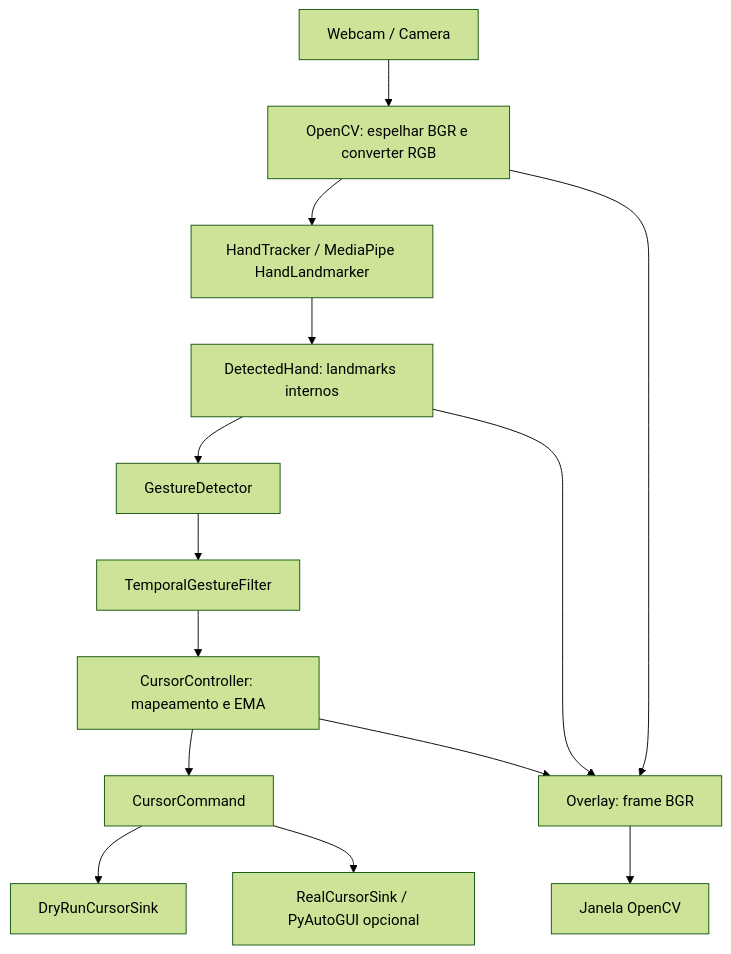
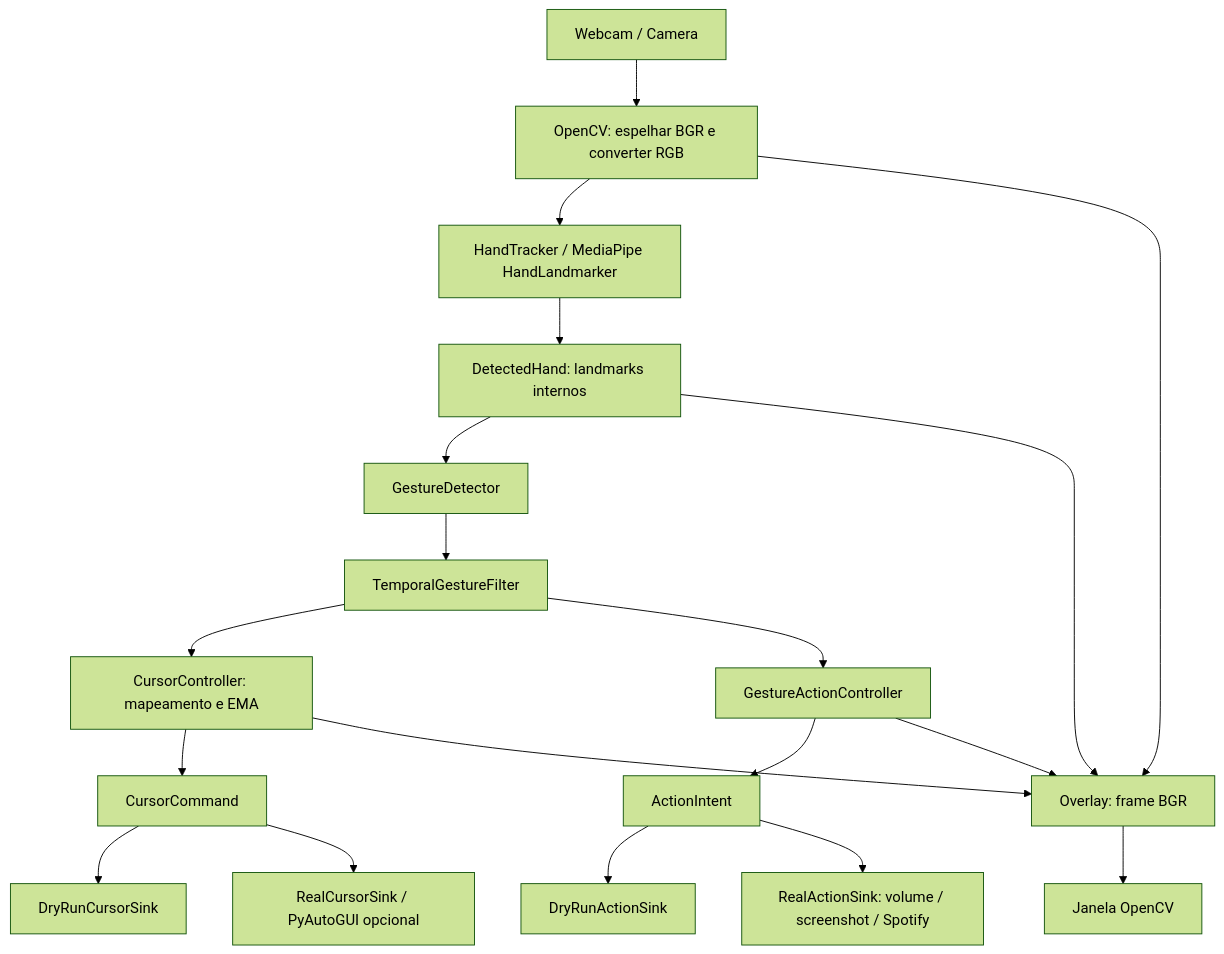
One commit to FernandoBuligon/hgi changed the diagram in README.md. Above: the diagram before and after it, drawn with Mermaid (forest theme). The commit also changed other lines of this file and 6 other files, not shown here.

````diff
--- a/README.md
+++ b/README.md
@@ -52,16 +64,21 @@
 ```mermaid
 flowchart TD
     A[Webcam / Camera] --> B[OpenCV: espelhar BGR e converter RGB]
     B --> C[HandTracker / MediaPipe HandLandmarker]
     C --> D[DetectedHand: landmarks internos]
     D --> E[GestureDetector]
     E --> F[TemporalGestureFilter]
     F --> G[CursorController: mapeamento e EMA]
+    F --> M[GestureActionController]
     G --> H[CursorCommand]
     H --> I[DryRunCursorSink]
     H --> J[RealCursorSink / PyAutoGUI opcional]
+    M --> N[ActionIntent]
+    N --> O[DryRunActionSink]
+    N --> P[RealActionSink: volume / screenshot / Spotify]
     B --> K[Overlay: frame BGR]
     D --> K
     G --> K
+    M --> K
     K --> L[Janela OpenCV]
 ```
````
